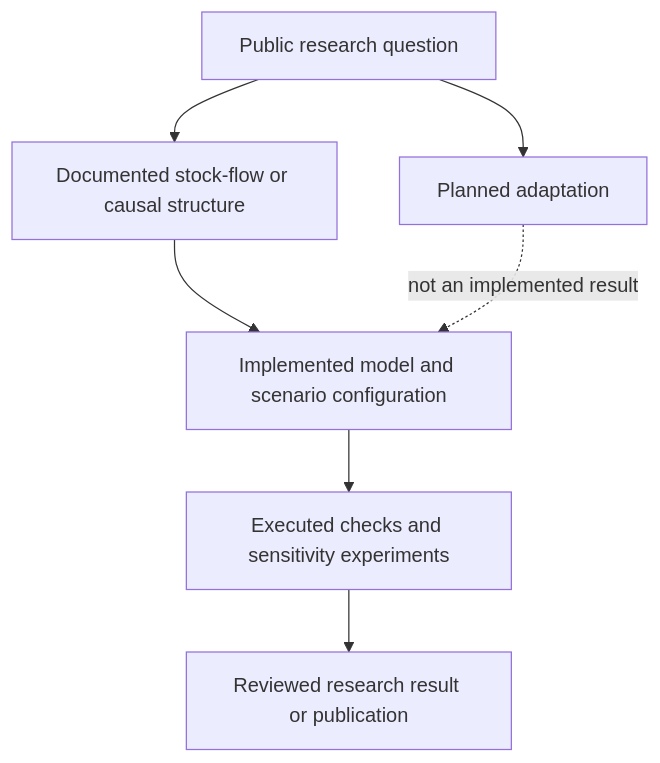
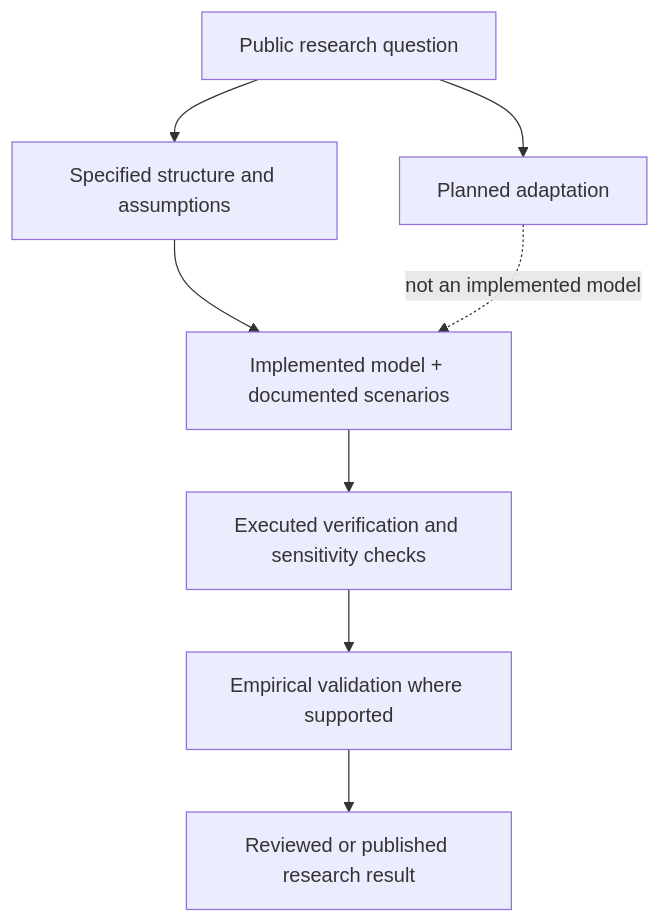
The diagram in docs/MODEL_STATUS_MAP.md (Aryakia/SD-Models), drawn with Mermaid before and after one commit. The commit also changed other lines of this file, not shown here.

Commit message:
docs(showcase): make model maturity and public evidence navigable

````diff
--- a/docs/MODEL_STATUS_MAP.md
+++ b/docs/MODEL_STATUS_MAP.md
@@ -7,9 +7,10 @@
 ```mermaid
 flowchart TD
-  A[Public research question] --> B[Documented stock-flow or causal structure]
-  B --> C[Implemented model and scenario configuration]
-  C --> D[Executed checks and sensitivity experiments]
-  D --> E[Reviewed research result or publication]
-  A --> F[Planned adaptation]
-  F -. not an implemented result .-> C
+  A[Public research question] --> B[Specified structure and assumptions]
+  B --> C[Implemented model + documented scenarios]
+  C --> D[Executed verification and sensitivity checks]
+  D --> E[Empirical validation where supported]
+  E --> F[Reviewed or published research result]
+  A --> G[Planned adaptation]
+  G -. not an implemented model .-> C
 ```
````
